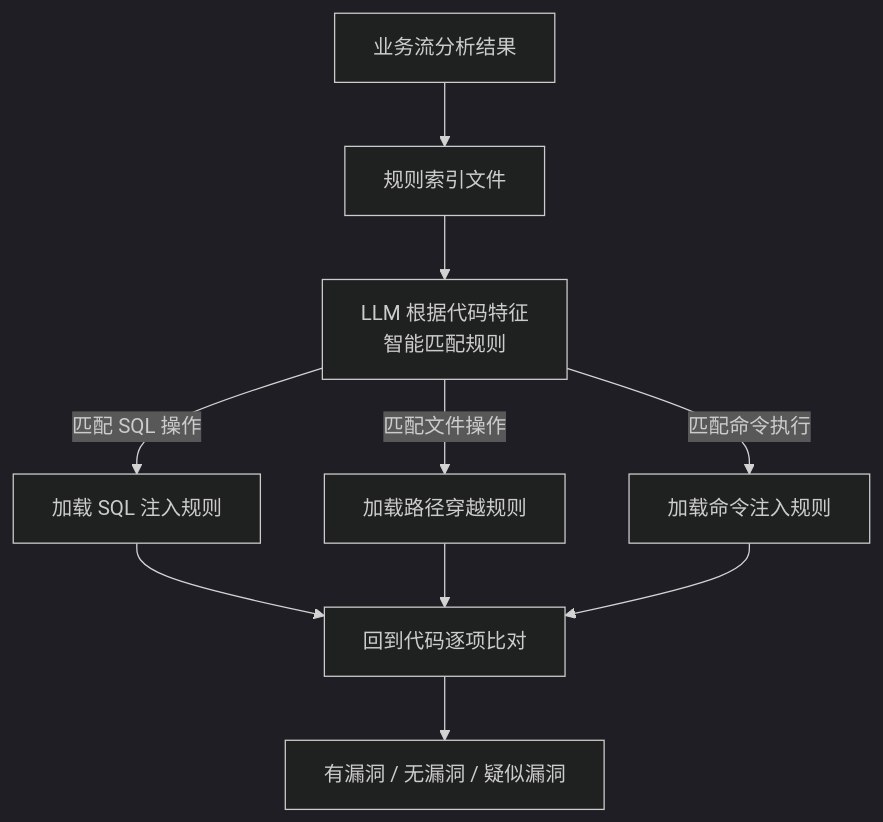
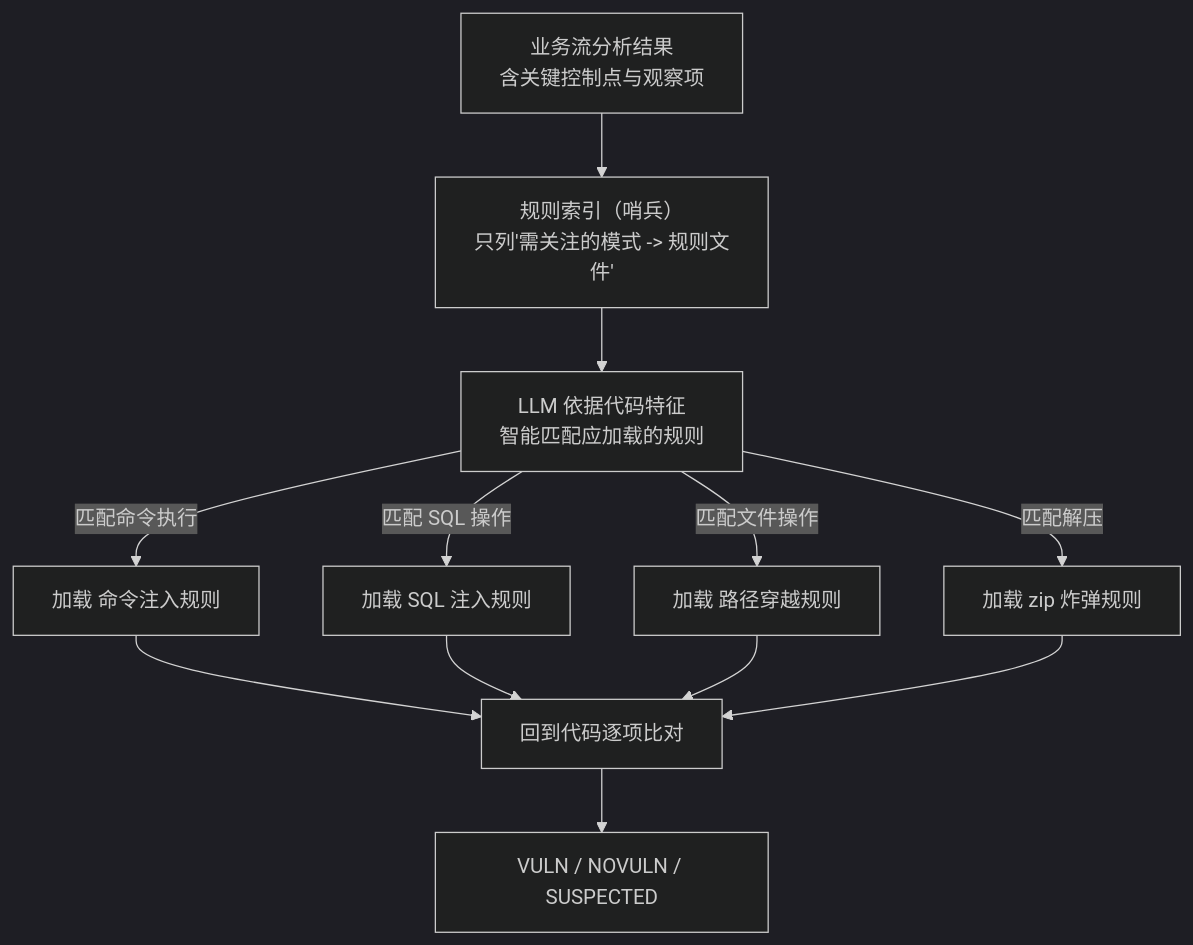
Before and after one commit to gcf0082/vuln_agent: the fifth of 7 diagrams in vuln-agent-intro.md, drawn with Mermaid (dark theme). The commit also changed other lines of this file and 3 other files, not shown here.

````diff
--- a/vuln-agent-intro.md
+++ b/vuln-agent-intro.md
@@ -116,12 +179,14 @@
 ```mermaid
 flowchart TD
-    INPUT["业务流分析结果"] --> INDEX["规则索引文件"]
-    INDEX --> LLM["LLM 根据代码特征<br/>智能匹配规则"]
-    LLM -->|匹配 SQL 操作| SQLR["加载 SQL 注入规则"]
-    LLM -->|匹配文件操作| FILER["加载路径穿越规则"]
-    LLM -->|匹配命令执行| CMDR["加载命令注入规则"]
-    SQLR --> COMP["回到代码逐项比对"]
-    FILER --> COMP
-    CMDR --> COMP
-    COMP --> RESULT["有漏洞 / 无漏洞 / 疑似漏洞"]
+    INPUT["业务流分析结果<br/>含关键控制点与观察项"] --> INDEX["规则索引（哨兵）<br/>只列'需关注的模式 -> 规则文件'"]
+    INDEX --> MATCH["LLM 依据代码特征<br/>智能匹配应加载的规则"]
+    MATCH -->|匹配命令执行| R1["加载 命令注入规则"]
+    MATCH -->|匹配 SQL 操作| R2["加载 SQL 注入规则"]
+    MATCH -->|匹配文件操作| R3["加载 路径穿越规则"]
+    MATCH -->|匹配解压| R4["加载 zip 炸弹规则"]
+    R1 --> COMP["回到代码逐项比对"]
+    R2 --> COMP
+    R3 --> COMP
+    R4 --> COMP
+    COMP --> RESULT["VULN / NOVULN / SUSPECTED"]
 ```
````
